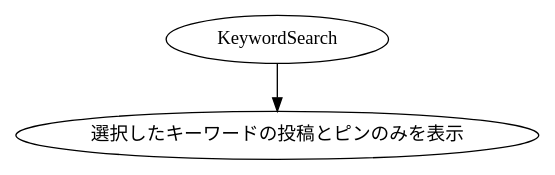
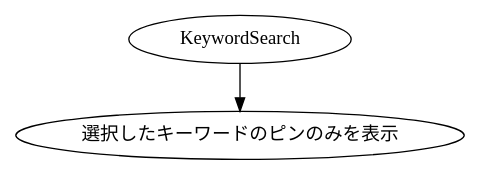
Before and after one commit to KUT-Group12/internal_design: the diagram in dot/marudemaru/UserDisplayKeywordSearchResults.dot, drawn with Graphviz. The commit also changed 15 other files, not shown here.

```diff
--- a/dot/marudemaru/UserDisplayKeywordSearchResults.dot
+++ b/dot/marudemaru/UserDisplayKeywordSearchResults.dot
@@ -1,8 +1,8 @@
 digraph G {
     #include "style.doth"
 
     move[label = "KeywordSearch"]
-    view[label = "選択したキーワードの投稿とピンのみを表示"]
+    view[label = "選択したキーワードのピンのみを表示"]
 
     move -> view
 }
```
